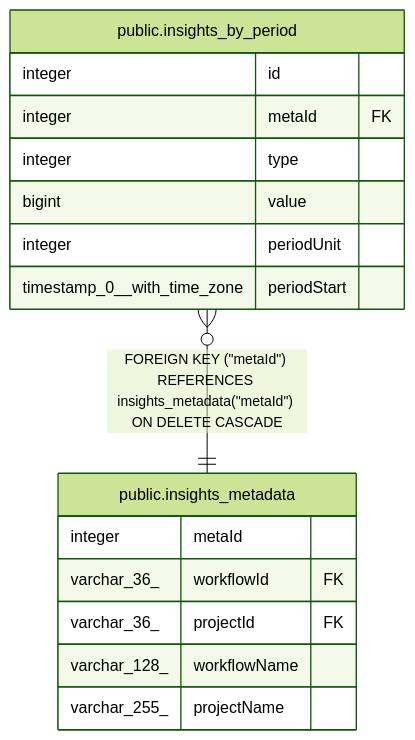
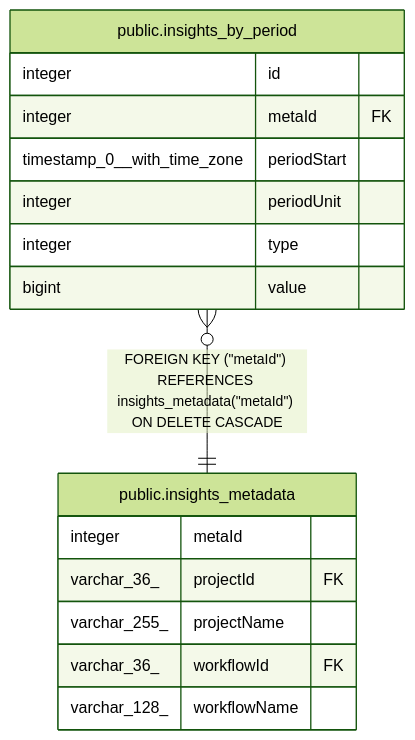
One commit to mayankjain1815-commits/n8n changed the diagram in docs/generated/postgres-schema/public.insights_by_period.md. Above: the diagram before and after it, drawn with Mermaid (forest theme). The commit also changed other lines of this file and 221 other files, not shown here.

Commit message:
chore(core): Make DB schema docs generation deterministic (#32373)

````diff
--- a/docs/generated/postgres-schema/public.insights_by_period.md
+++ b/docs/generated/postgres-schema/public.insights_by_period.md
@@ -35,21 +35,21 @@
 ```mermaid
 erDiagram
 
 "public.insights_by_period" }o--|| "public.insights_metadata" : "FOREIGN KEY (#quot;metaId#quot;) REFERENCES insights_metadata(#quot;metaId#quot;) ON DELETE CASCADE"
 
 "public.insights_by_period" {
   integer id
   integer metaId FK
+  timestamp_0__with_time_zone periodStart
+  integer periodUnit
   integer type
   bigint value
-  integer periodUnit
-  timestamp_0__with_time_zone periodStart
 }
 "public.insights_metadata" {
   integer metaId
+  varchar_36_ projectId FK
+  varchar_255_ projectName
   varchar_36_ workflowId FK
-  varchar_36_ projectId FK
   varchar_128_ workflowName
-  varchar_255_ projectName
 }
 ```
````
